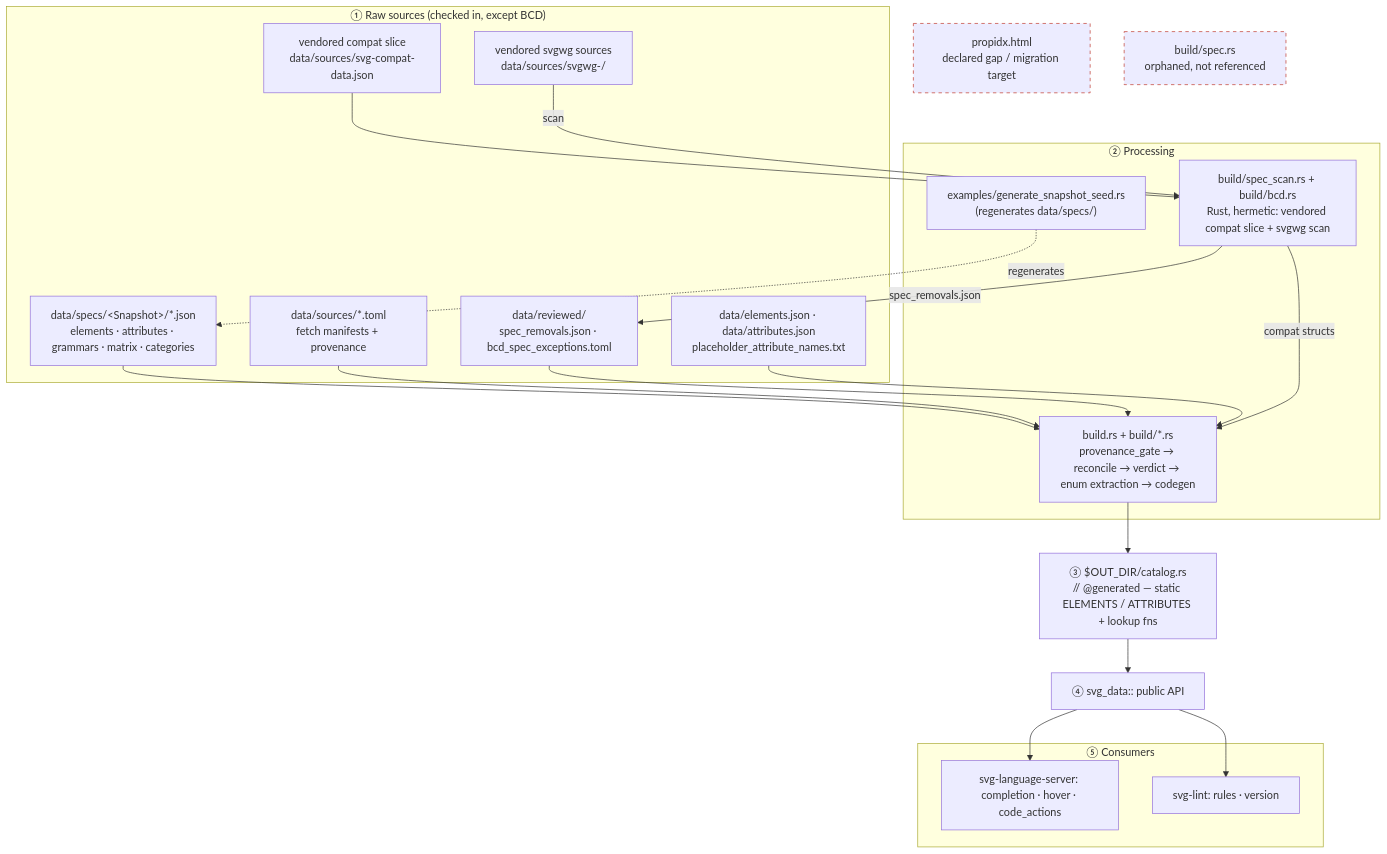
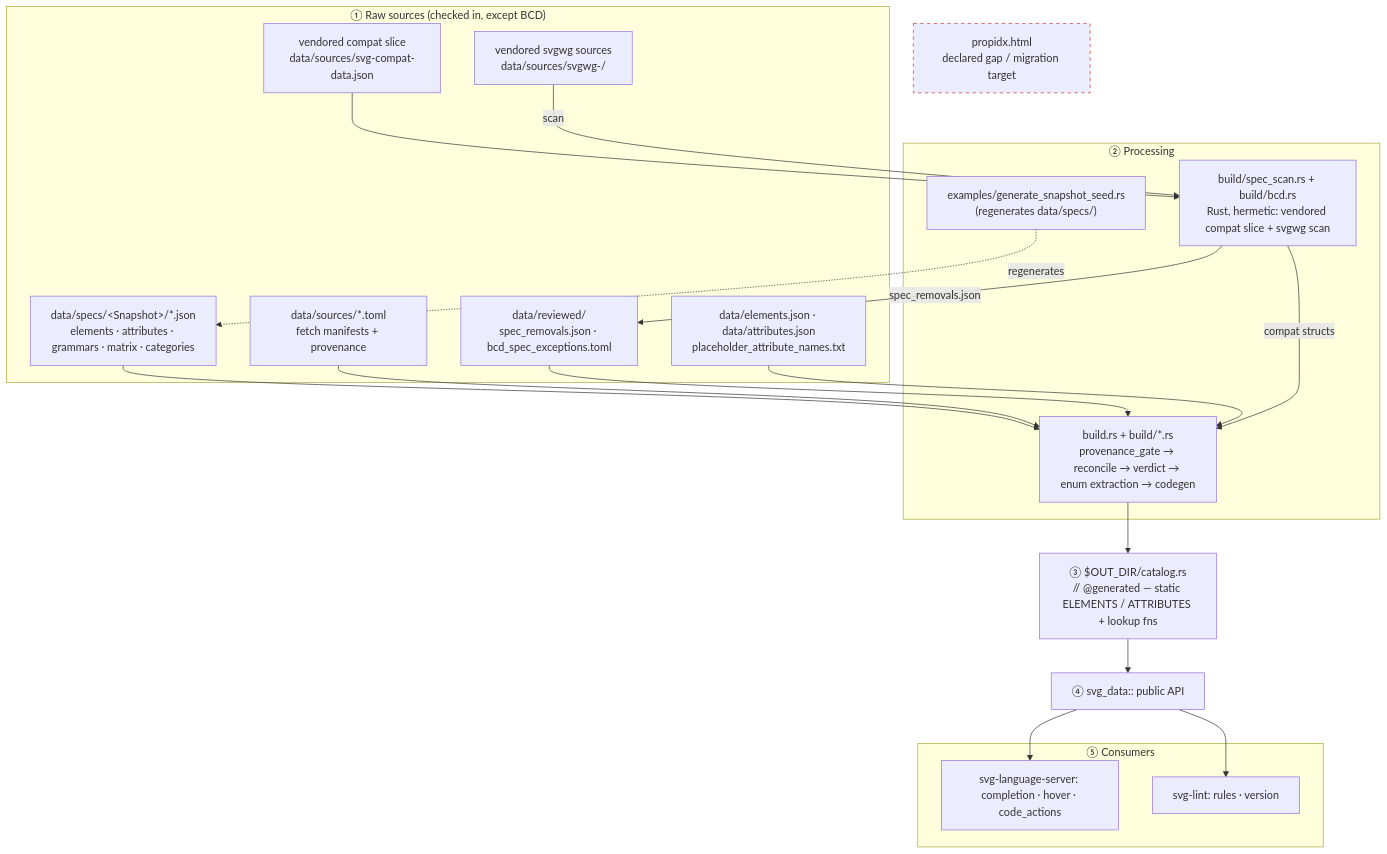
One commit to kjanat/svg changed the diagram in PIPELINE.md. Above: the diagram before and after it, drawn with Mermaid. The commit also changed other lines of this file and 562 other files, not shown here.

````diff
--- a/PIPELINE.md
+++ b/PIPELINE.md
@@ -19,42 +19,41 @@
 ```mermaid
 flowchart TD
     subgraph sources["① Raw sources (checked in, except BCD)"]
         specs["data/specs/&lt;Snapshot&gt;/*.json<br/>elements · attributes · grammars · matrix · categories"]
         manifests["data/sources/*.toml<br/>fetch manifests + provenance"]
         reviewed["data/reviewed/<br/>spec_removals.json · bcd_spec_exceptions.toml"]
         curated["data/elements.json · data/attributes.json<br/>placeholder_attribute_names.txt"]
         bcd_up["vendored compat slice<br/>data/sources/svg-compat-data.json"]
         svgwg["vendored svgwg sources<br/>data/sources/svgwg-<sha>/"]
     end
 
     subgraph proc["② Processing"]
         worker["build/spec_scan.rs + build/bcd.rs<br/>Rust, hermetic: vendored compat slice + svgwg scan"]
         seed["examples/generate_snapshot_seed.rs<br/>(regenerates data/specs/)"]
         build["build.rs + build/*.rs<br/>provenance_gate → reconcile → verdict → enum extraction → codegen"]
     end
 
     catalog["③ $OUT_DIR/catalog.rs<br/>// @generated — static ELEMENTS / ATTRIBUTES + lookup fns"]
     api["④ svg_data:: public API"]
 
     subgraph consumers["⑤ Consumers"]
         comp["svg-language-server: completion · hover · code_actions"]
         lint["svg-lint: rules · version"]
     end
 
     specs --> build
     manifests --> build
     reviewed --> build
     curated --> build
     bcd_up --> worker
     svgwg -->|scan| worker
     worker -->|spec_removals.json| reviewed
     worker -->|compat structs| build
     seed -.regenerates.-> specs
     build --> catalog --> api --> comp & lint
 
     propidx["propidx.html<br/>declared gap / migration target"]
-    spec_rs["build/spec.rs<br/>orphaned, not referenced"]
-    class propidx,spec_rs gap;
+    class propidx gap;
 
     classDef gap stroke-dasharray: 5 5,stroke:#c0392b;
 ```
````
